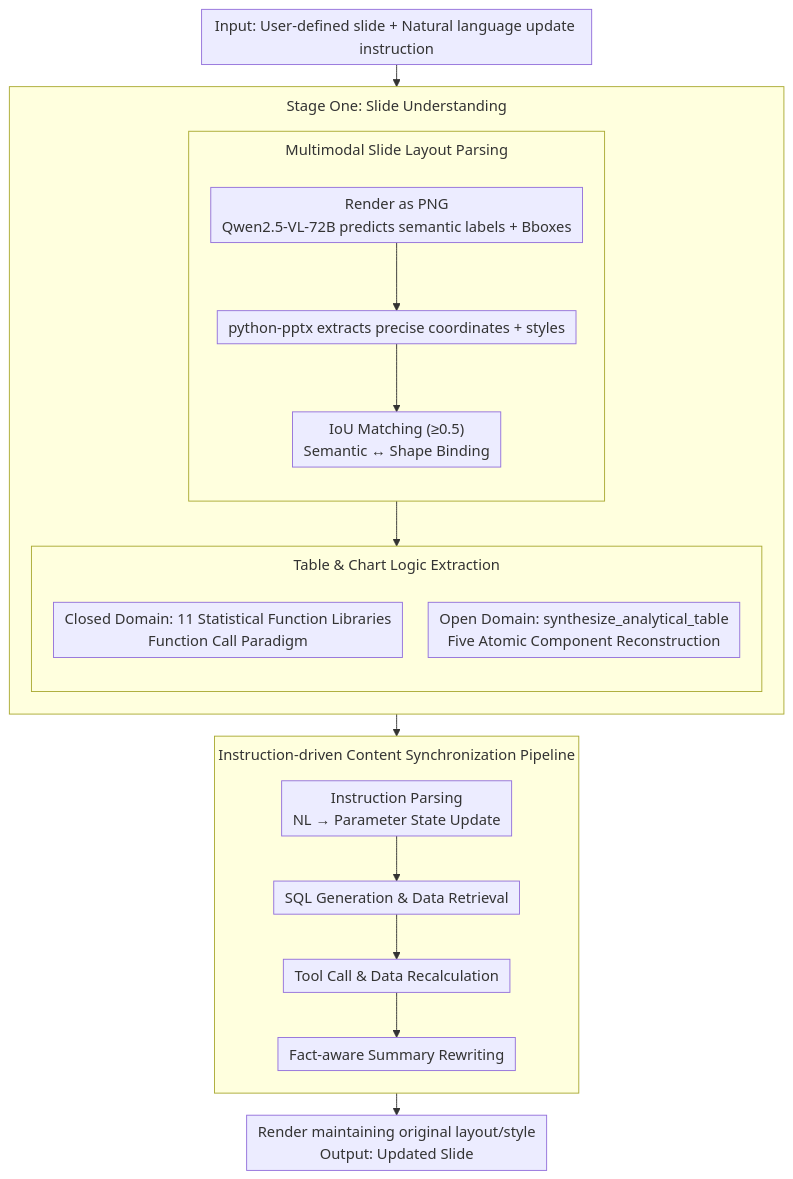
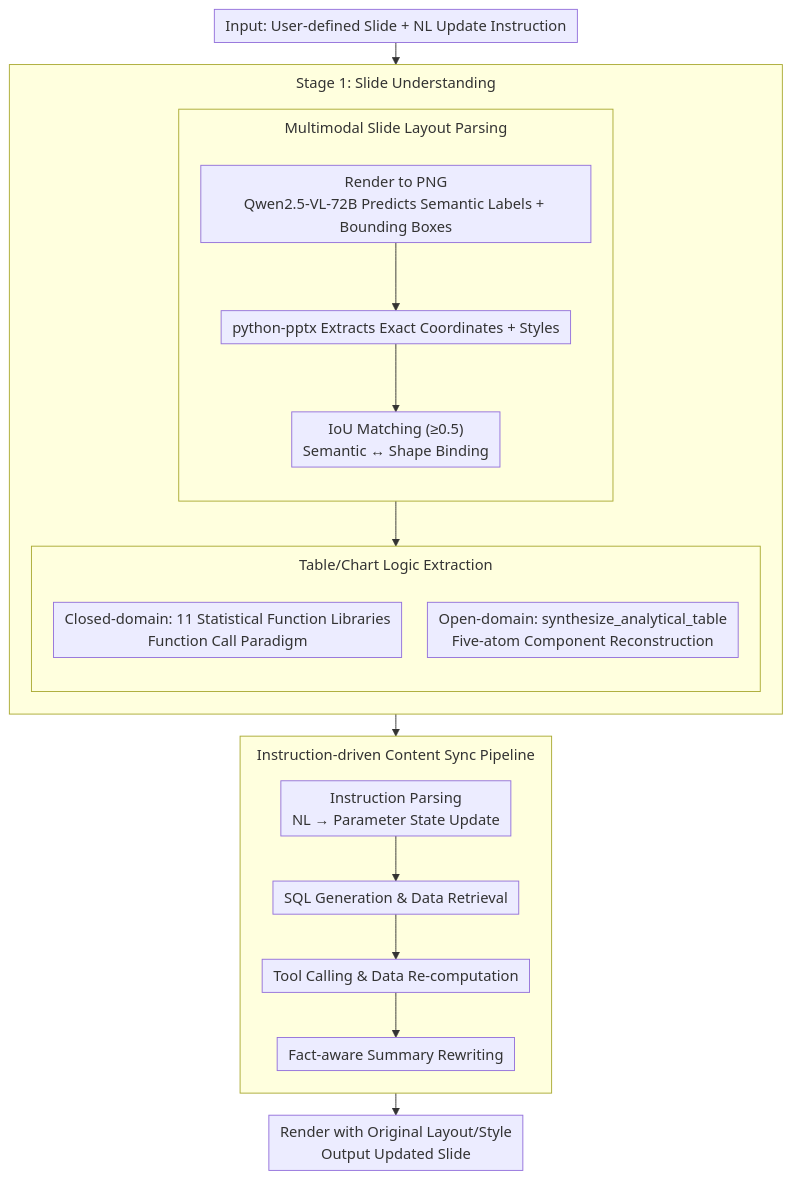
One commit to zhaoyang97/Paper-Notes-en changed the diagram in docs/ACL2026/multimodal_vlm/automatic_slide_updating_with_user-defined_dynamic_templates_and_natural_languag.md. Above: the diagram before and after it, drawn with Mermaid. The commit also changed other lines of this file and 5084 other files, not shown here.

````diff
--- a/docs/ACL2026/multimodal_vlm/automatic_slide_updating_with_user-defined_dynamic_templates_and_natural_languag.md
+++ b/docs/ACL2026/multimodal_vlm/automatic_slide_updating_with_user-defined_dynamic_templates_and_natural_languag.md
@@ -44,28 +44,28 @@
 ```mermaid
 %%{init: {'flowchart': {'rankSpacing': 24, 'nodeSpacing': 28, 'padding': 6, 'wrappingWidth': 400, 'subGraphTitleMargin': {'top': 8, 'bottom': 16}}}}%%
 flowchart TD
-    IN["Input: User-defined slide + Natural language update instruction"]
-    subgraph P1["Stage One: Slide Understanding"]
+    IN["Input: User-defined Slide + NL Update Instruction"]
+    subgraph P1["Stage 1: Slide Understanding"]
         direction TB
         subgraph D1["Multimodal Slide Layout Parsing"]
             direction TB
-            A["Render as PNG<br/>Qwen2.5-VL-72B predicts semantic labels + Bboxes"] --> B["python-pptx extracts precise coordinates + styles"]
+            A["Render to PNG<br/>Qwen2.5-VL-72B Predicts Semantic Labels + Bounding Boxes"] --> B["python-pptx Extracts Exact Coordinates + Styles"]
             B --> C["IoU Matching (≥0.5)<br/>Semantic ↔ Shape Binding"]
         end
-        subgraph D2["Table & Chart Logic Extraction"]
+        subgraph D2["Table/Chart Logic Extraction"]
             direction TB
-            E["Closed Domain: 11 Statistical Function Libraries<br/>Function Call Paradigm"]
-            F["Open Domain: synthesize_analytical_table<br/>Five Atomic Component Reconstruction"]
+            E["Closed-domain: 11 Statistical Function Libraries<br/>Function Call Paradigm"]
+            F["Open-domain: synthesize_analytical_table<br/>Five-atom Component Reconstruction"]
         end
         C --> D2
     end
-    subgraph D3["Instruction-driven Content Synchronization Pipeline"]
+    subgraph D3["Instruction-driven Content Sync Pipeline"]
         direction TB
         G["Instruction Parsing<br/>NL → Parameter State Update"] --> H["SQL Generation & Data Retrieval"]
-        H --> I["Tool Call & Data Recalculation"]
+        H --> I["Tool Calling & Data Re-computation"]
         I --> J["Fact-aware Summary Rewriting"]
     end
     IN --> P1
     P1 --> D3
-    D3 --> OUT["Render maintaining original layout/style<br/>Output: Updated Slide"]
+    D3 --> OUT["Render with Original Layout/Style<br/>Output Updated Slide"]
 ```
````
